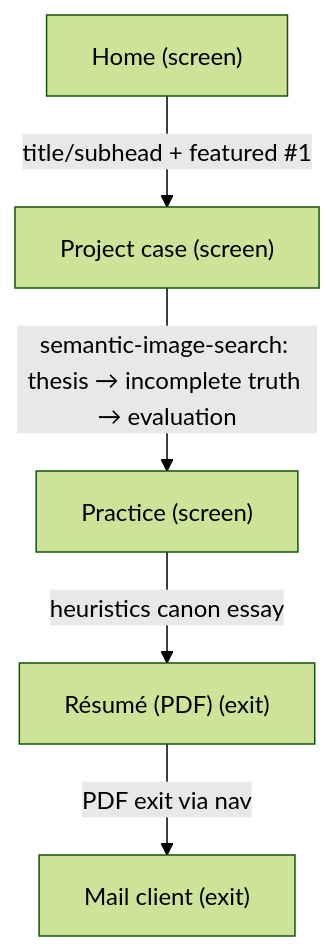
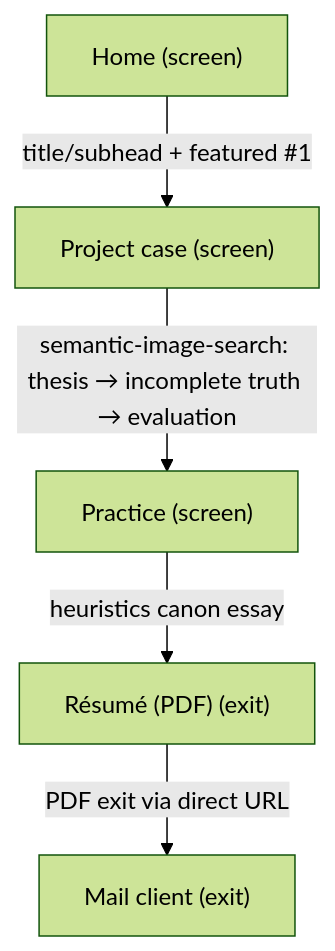
The second of 8 diagrams in docs/ux-maps/darce-xyz.uxmap.md (darce/darce.github.io), drawn with Mermaid (forest theme) before and after one commit. The commit also changed other lines of this file and 1 other file, not shown here.

First line of the commit message:
Sync the ux-map to the four-item nav it actually ships

````diff
--- a/docs/ux-maps/darce-xyz.uxmap.md
+++ b/docs/ux-maps/darce-xyz.uxmap.md
@@ -338,13 +336,13 @@
 ```mermaid
 flowchart TD
   %% flow: Land → SIS case → practice → résumé PDF → contact job=job-assess-design-judgment
   n_landing["Home (screen)"]
   n_project_detail["Project case (screen)"]
   n_landing -->|title/subhead + featured #1| n_project_detail
   n_practice["Practice (screen)"]
   n_project_detail -->|semantic-image-search: thesis → incomplete truth → evaluation| n_practice
   n_resume["Résumé (PDF) (exit)"]
   n_practice -->|heuristics canon essay| n_resume
   n_exit_mailto["Mail client (exit)"]
-  n_resume -->|PDF exit via nav| n_exit_mailto
+  n_resume -->|PDF exit via direct URL| n_exit_mailto
 ```
````
